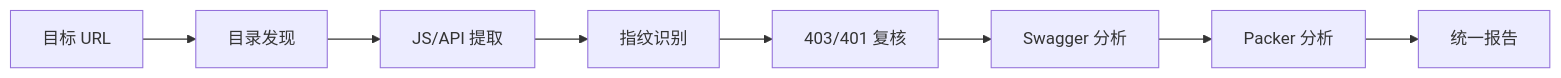
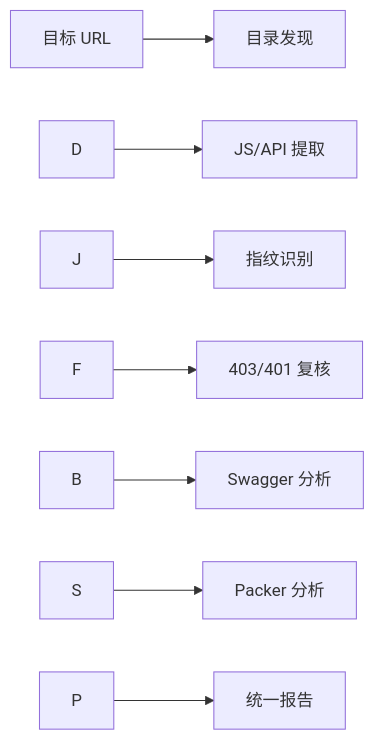
One commit to sangnigege/SurfaceScope changed the diagram in README.md. Above: the diagram before and after it, drawn with Mermaid. The commit also changed other lines of this file and 3 other files, not shown here.

````diff
--- a/README.md
+++ b/README.md
@@ -43,10 +44,10 @@
 ```mermaid
 flowchart LR
-    T[目标 URL] --> D[目录发现]
-    D --> J[JS/API 提取]
-    J --> F[指纹识别]
-    F --> B[403/401 复核]
-    B --> S[Swagger 分析]
-    S --> P[Packer 分析]
-    P --> R[统一报告]
+    T\[目标 URL] --> D\[目录发现]
+    D --> J\[JS/API 提取]
+    J --> F\[指纹识别]
+    F --> B\[403/401 复核]
+    B --> S\[Swagger 分析]
+    S --> P\[Packer 分析]
+    P --> R\[统一报告]
 ```
````
